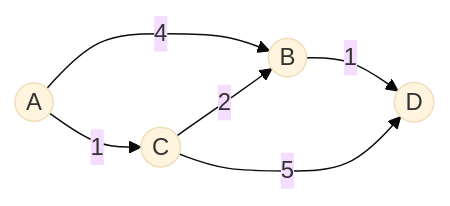
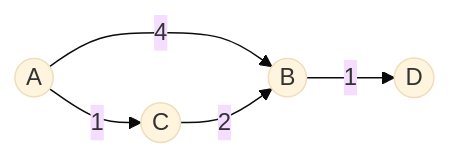
The diagram in Algorithms/Dijkstra.md (2ndSilverMan/BFB_of_CS), drawn with Mermaid (base theme) before and after one commit. The commit also changed other lines of this file and 534 other files, not shown here.

````diff
--- a/Algorithms/Dijkstra.md
+++ b/Algorithms/Dijkstra.md
@@ -18,8 +19,7 @@
 ```mermaid
 graph LR
     A((A)) -- 4 --> B((B))
     A -- 1 --> C((C))
     C -- 2 --> B
     B -- 1 --> D((D))
-    C -- 5 --> D
 ```
````
